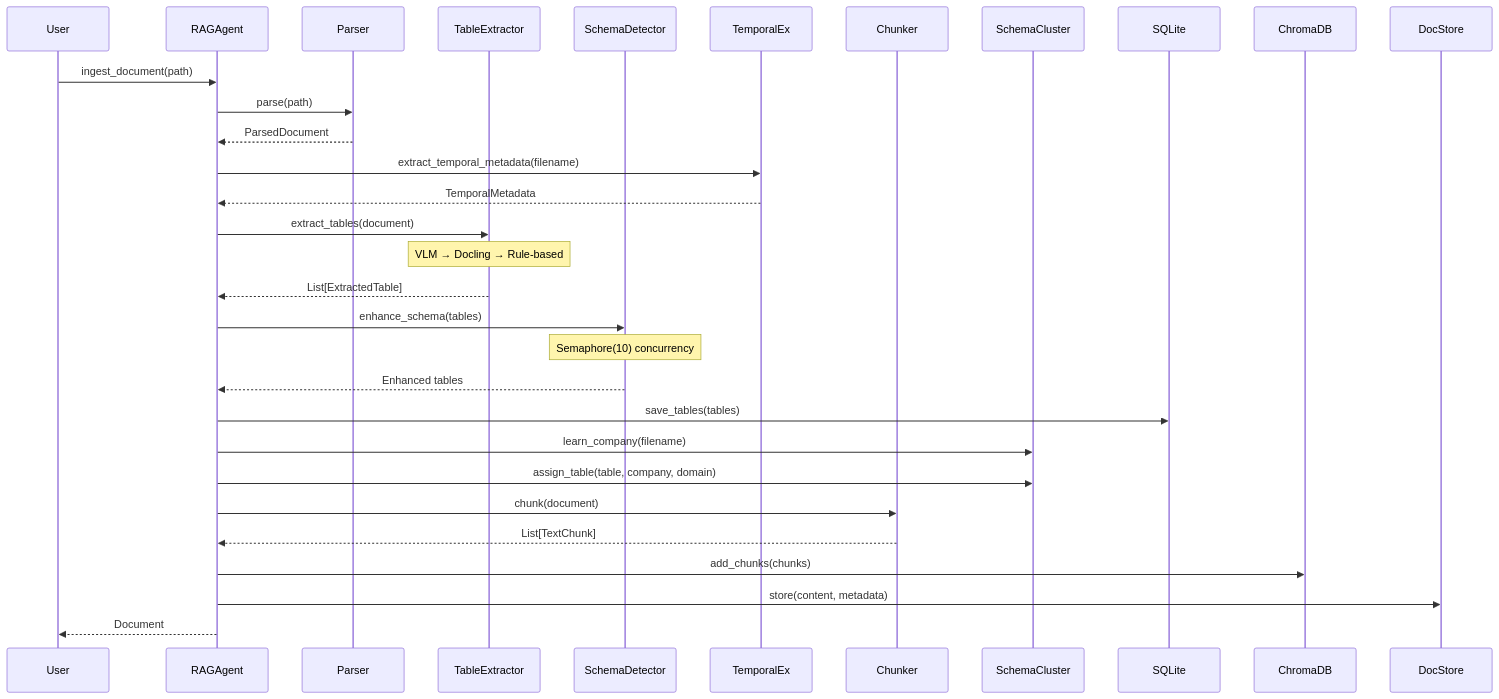
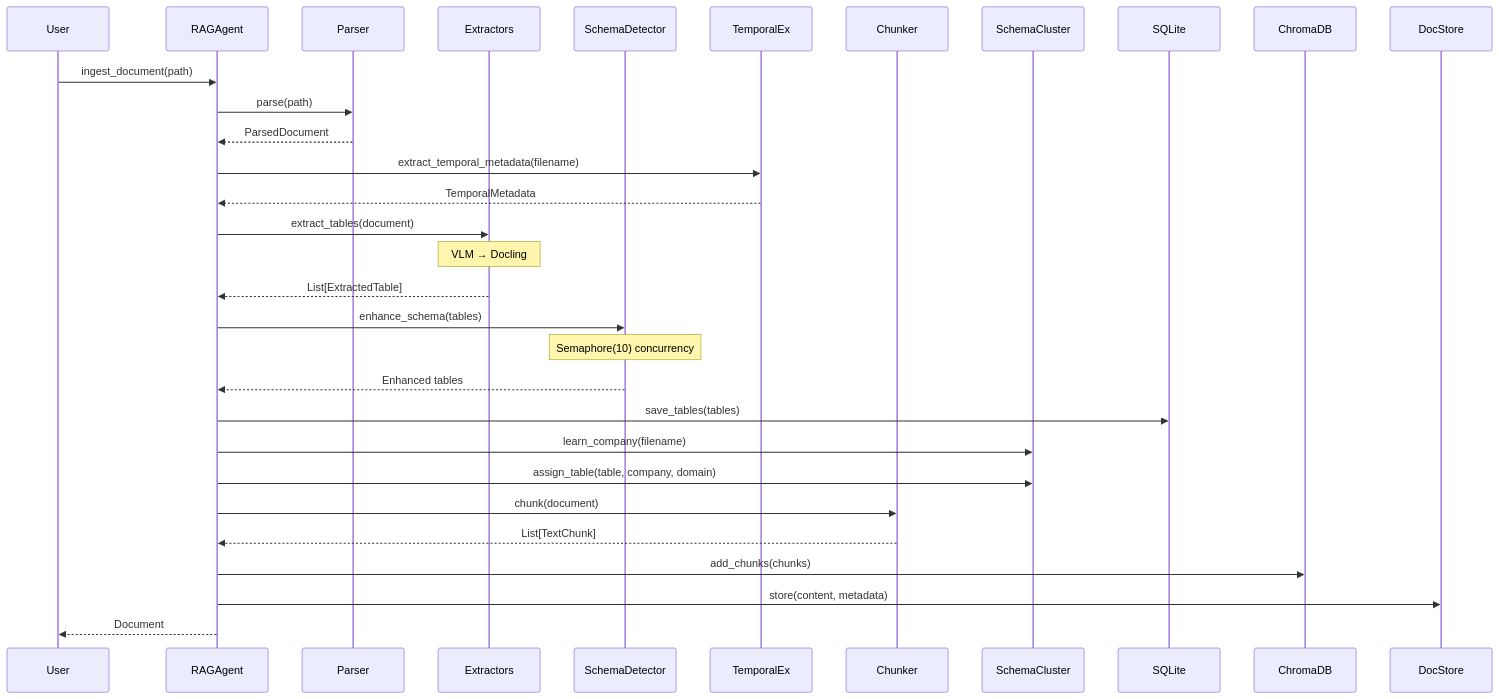
One commit to vinyasv/financeRAG changed the second of 5 diagrams in technicaloverview.md. Above: the diagram before and after it, drawn with Mermaid. The commit also changed other lines of this file and 16 other files, not shown here.

````diff
--- a/technicaloverview.md
+++ b/technicaloverview.md
@@ -414,40 +399,40 @@
 ```mermaid
 sequenceDiagram
     participant User
     participant RAGAgent
     participant Parser
-    participant TableExtractor
+    participant Extractors
     participant SchemaDetector
     participant TemporalEx
     participant Chunker
     participant SchemaCluster
     participant SQLite
     participant ChromaDB
     participant DocStore
 
     User->>RAGAgent: ingest_document(path)
     RAGAgent->>Parser: parse(path)
     Parser-->>RAGAgent: ParsedDocument
 
     RAGAgent->>TemporalEx: extract_temporal_metadata(filename)
     TemporalEx-->>RAGAgent: TemporalMetadata
 
-    RAGAgent->>TableExtractor: extract_tables(document)
-    Note over TableExtractor: VLM → Docling → Rule-based
-    TableExtractor-->>RAGAgent: List[ExtractedTable]
+    RAGAgent->>Extractors: extract_tables(document)
+    Note over Extractors: VLM → Docling
+    Extractors-->>RAGAgent: List[ExtractedTable]
 
     RAGAgent->>SchemaDetector: enhance_schema(tables)
     Note over SchemaDetector: Semaphore(10) concurrency
     SchemaDetector-->>RAGAgent: Enhanced tables
 
     RAGAgent->>SQLite: save_tables(tables)
     RAGAgent->>SchemaCluster: learn_company(filename)
     RAGAgent->>SchemaCluster: assign_table(table, company, domain)
 
     RAGAgent->>Chunker: chunk(document)
     Chunker-->>RAGAgent: List[TextChunk]
     RAGAgent->>ChromaDB: add_chunks(chunks)
 
     RAGAgent->>DocStore: store(content, metadata)
     RAGAgent-->>User: Document
 ```
````
